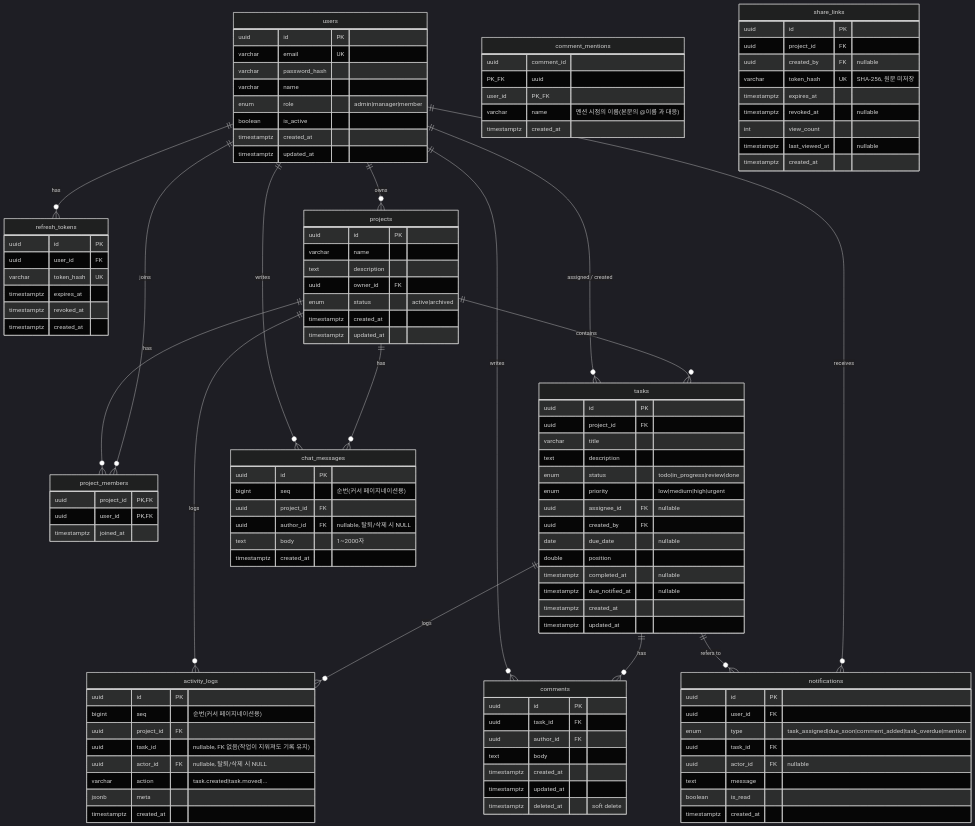
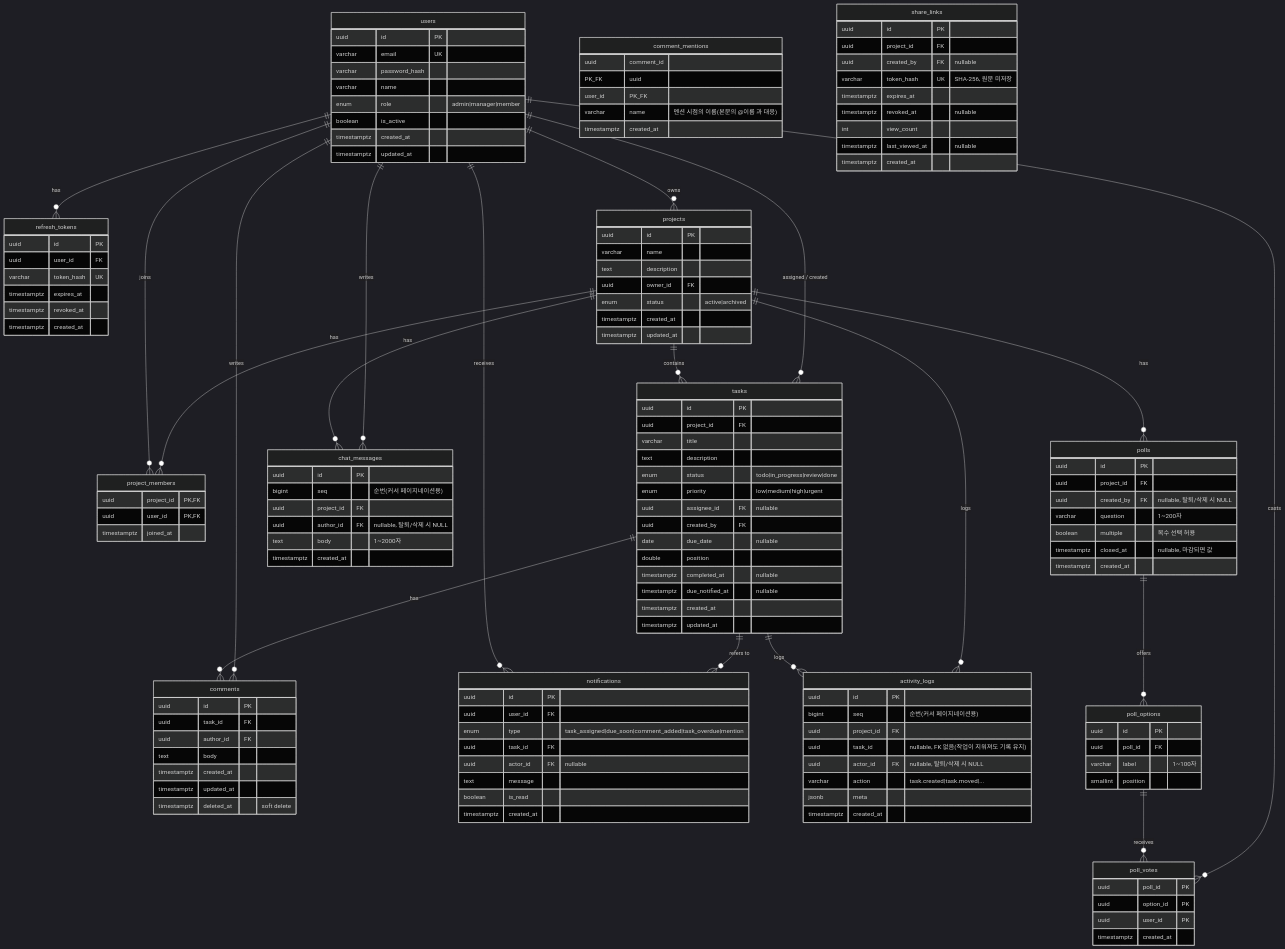
The diagram in docs/DESIGN.md (stulss/team-pm-app), drawn with Mermaid (dark theme) before and after one commit. The commit also changed other lines of this file and 17 other files, not shown here.

Commit message:
feat(polls): anonymous in-project polls with realtime counts and locked one-vote guarantee (M15)

```diff
--- a/docs/DESIGN.md
+++ b/docs/DESIGN.md
@@ -64,6 +64,10 @@
     projects ||--o{ activity_logs : logs
     projects ||--o{ chat_messages : has
     users ||--o{ chat_messages : writes
+    projects ||--o{ polls : has
+    polls ||--o{ poll_options : offers
+    poll_options ||--o{ poll_votes : receives
+    users ||--o{ poll_votes : casts
 
     users {
         uuid id PK
@@ -159,6 +163,27 @@
         jsonb meta
         timestamptz created_at
     }
+    polls {
+        uuid id PK
+        uuid project_id FK
+        uuid created_by FK "nullable, 탈퇴/삭제 시 NULL"
+        varchar question "1~200자"
+        boolean multiple "복수 선택 허용"
+        timestamptz closed_at "nullable, 마감되면 값"
+        timestamptz created_at
+    }
+    poll_options {
+        uuid id PK
+        uuid poll_id FK
+        varchar label "1~100자"
+        smallint position
+    }
+    poll_votes {
+        uuid poll_id PK
+        uuid option_id PK
+        uuid user_id PK
+        timestamptz created_at
+    }
     chat_messages {
         uuid id PK
         bigint seq "순번(커서 페이지네이션용)"
```
